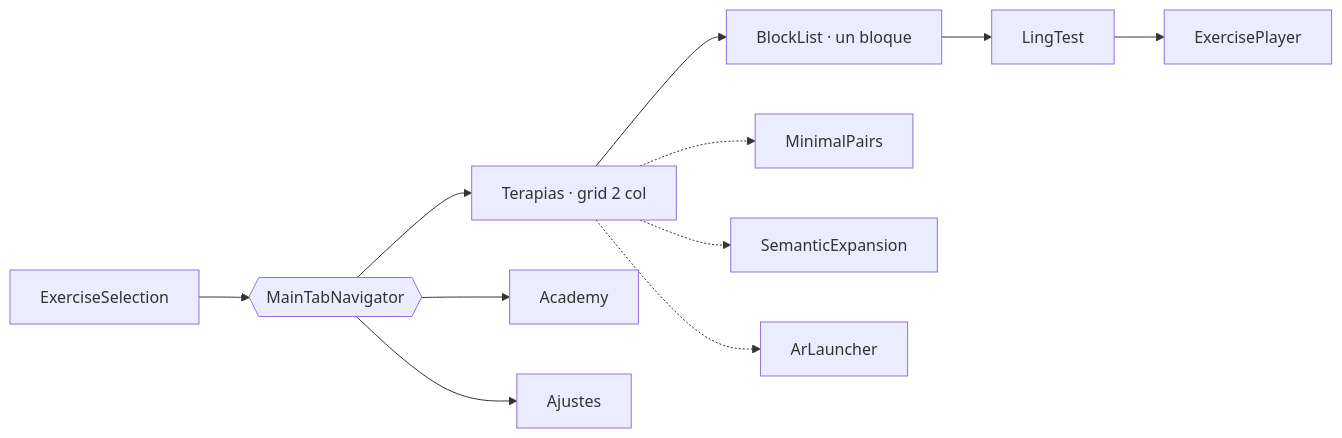
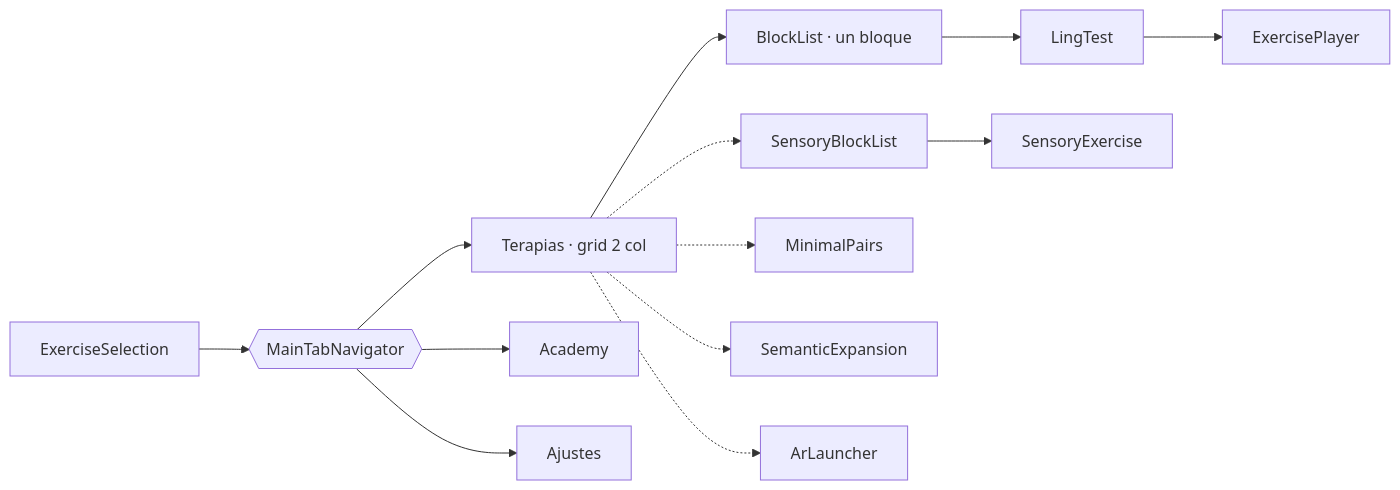
One commit to FrankBetances/Valeria changed the second of 2 diagrams in README.md. Above: the diagram before and after it, drawn with Mermaid. The commit also changed other lines of this file and 30 other files, not shown here.

````diff
--- a/README.md
+++ b/README.md
@@ -575,13 +741,15 @@
 ```mermaid
 flowchart LR
     H[ExerciseSelection] --> T{{MainTabNavigator}}
     T --> HB[Terapias · grid 2 col]
     T --> AC[Academy]
     T --> ST[Ajustes]
     HB --> BL[BlockList · un bloque]
     BL --> L[LingTest]
     L --> E[ExercisePlayer]
+    HB -.-> SN[SensoryBlockList]
+    SN --> SX[SensoryExercise]
     HB -.-> MP[MinimalPairs]
     HB -.-> SE[SemanticExpansion]
     HB -.-> AR[ArLauncher]
 ```
````
